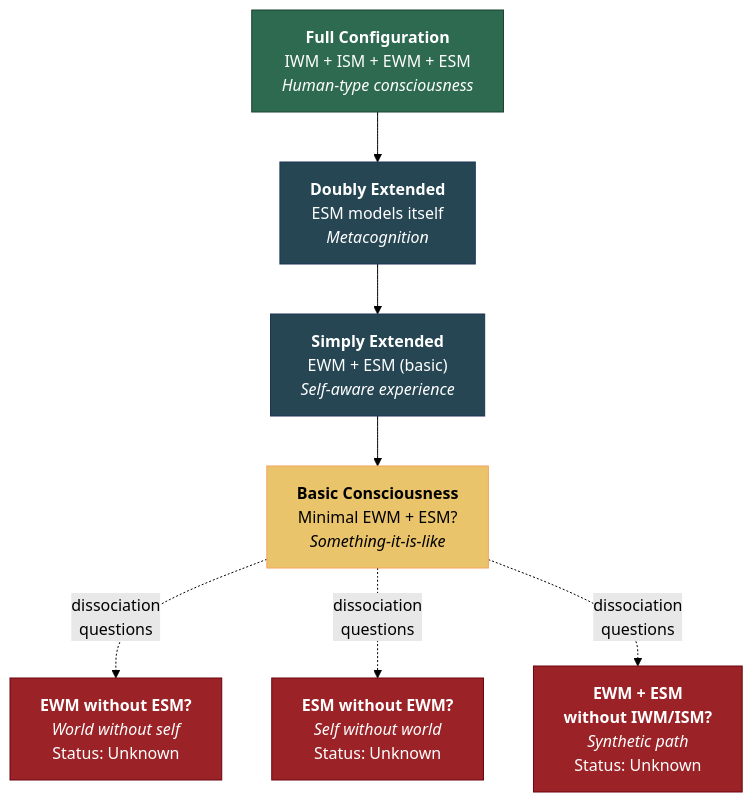
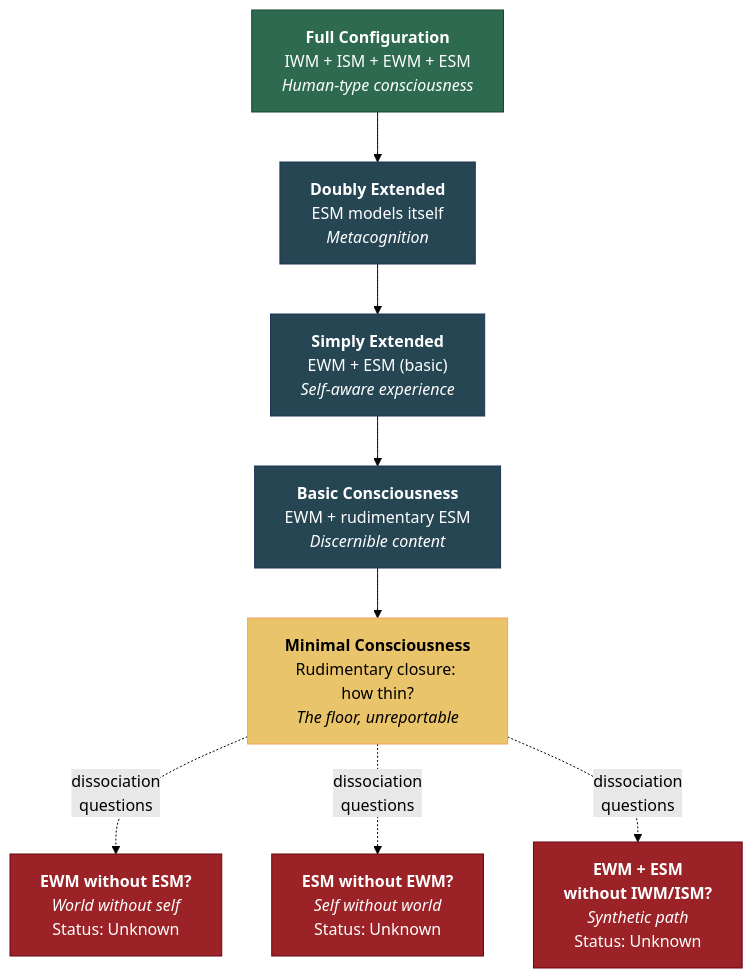
The diagram in wiki/open-questions/minimum-configuration.md (JeltzProstetnic/aIware), drawn with Mermaid (forest theme) before and after one commit. The commit also changed other lines of this file and 42 other files, not shown here.

````diff
--- a/wiki/open-questions/minimum-configuration.md
+++ b/wiki/open-questions/minimum-configuration.md
@@ -41,27 +41,30 @@
 ```mermaid
 graph TD
     FULL["<b>Full Configuration</b><br/>IWM + ISM + EWM + ESM<br/><i>Human-type consciousness</i>"]
 
     DE["<b>Doubly Extended</b><br/>ESM models itself<br/><i>Metacognition</i>"]
 
     SE["<b>Simply Extended</b><br/>EWM + ESM (basic)<br/><i>Self-aware experience</i>"]
 
-    BASIC["<b>Basic Consciousness</b><br/>Minimal EWM + ESM?<br/><i>Something-it-is-like</i>"]
+    BASIC["<b>Basic Consciousness</b><br/>EWM + rudimentary ESM<br/><i>Discernible content</i>"]
+
+    MIN["<b>Minimal Consciousness</b><br/>Rudimentary closure: how thin?<br/><i>The floor, unreportable</i>"]
 
     Q1["<b>EWM without ESM?</b><br/><i>World without self</i><br/>Status: Unknown"]
     Q2["<b>ESM without EWM?</b><br/><i>Self without world</i><br/>Status: Unknown"]
     Q3["<b>EWM + ESM<br/>without IWM/ISM?</b><br/><i>Synthetic path</i><br/>Status: Unknown"]
 
-    FULL --> DE --> SE --> BASIC
-    BASIC -.->|"dissociation<br/>questions"| Q1
-    BASIC -.->|"dissociation<br/>questions"| Q2
-    BASIC -.->|"dissociation<br/>questions"| Q3
+    FULL --> DE --> SE --> BASIC --> MIN
+    MIN -.->|"dissociation<br/>questions"| Q1
+    MIN -.->|"dissociation<br/>questions"| Q2
+    MIN -.->|"dissociation<br/>questions"| Q3
 
     style FULL fill:#2d6a4f,color:#fff,stroke:#1b4332
     style DE fill:#264653,color:#fff,stroke:#1d3557
     style SE fill:#264653,color:#fff,stroke:#1d3557
-    style BASIC fill:#e9c46a,color:#000,stroke:#f4a261
+    style BASIC fill:#264653,color:#fff,stroke:#1d3557
+    style MIN fill:#e9c46a,color:#000,stroke:#f4a261
     style Q1 fill:#9b2226,color:#fff,stroke:#6a040f
     style Q2 fill:#9b2226,color:#fff,stroke:#6a040f
     style Q3 fill:#9b2226,color:#fff,stroke:#6a040f
 ```
````
